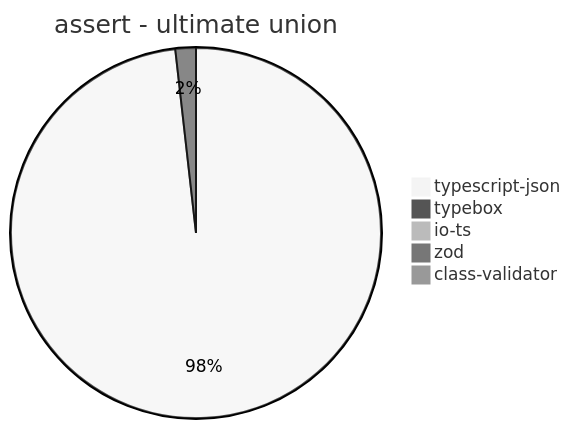
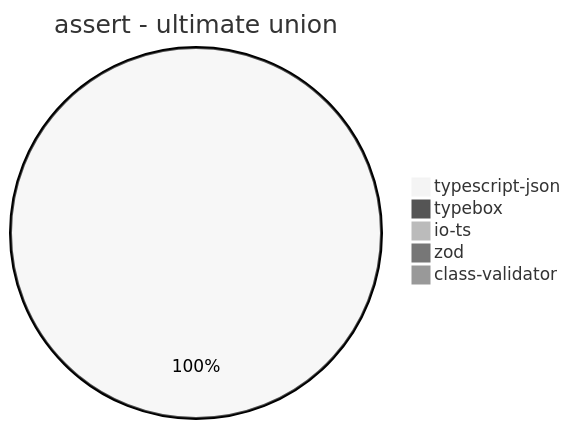
One commit to samchon/typia changed diagram 16 of 39 in benchmark/results/AMD Ryzen 9 5900HX with Radeon Graphics.md. Above: the diagram before and after it, drawn with Mermaid (neutral theme). The commit also changed other lines of this file and 3 other files, not shown here.

````diff
--- a/benchmark/results/AMD Ryzen 9 5900HX with Radeon Graphics.md
+++ b/benchmark/results/AMD Ryzen 9 5900HX with Radeon Graphics.md
@@ -196,8 +196,8 @@
 ```mermaid
 pie title assert - ultimate union
-  "typescript-json": 261.84493898061737
-  "typebox": 4.77326968973747
+  "typescript-json": 261.167780513542
+  "typebox": 0
   "io-ts": 0
-  "zod": 0.3577177606868181
+  "zod": 0.3627130939426913
   "class-validator": 0
 ```
````
